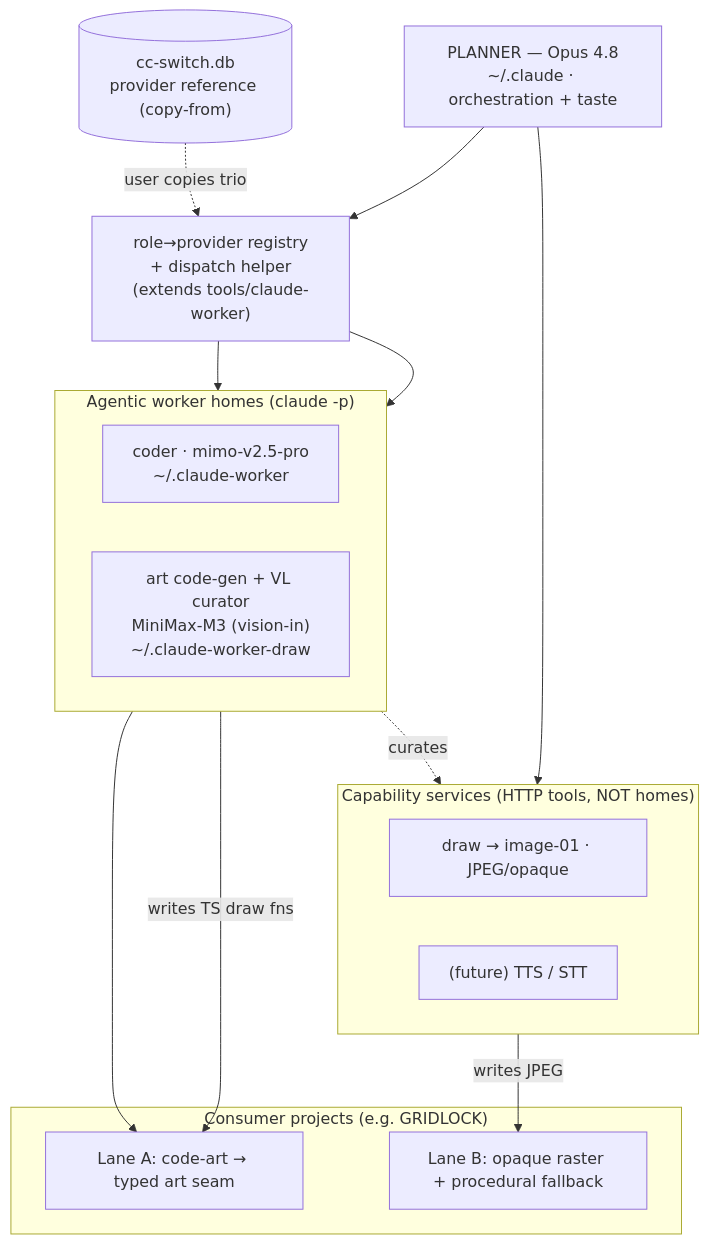
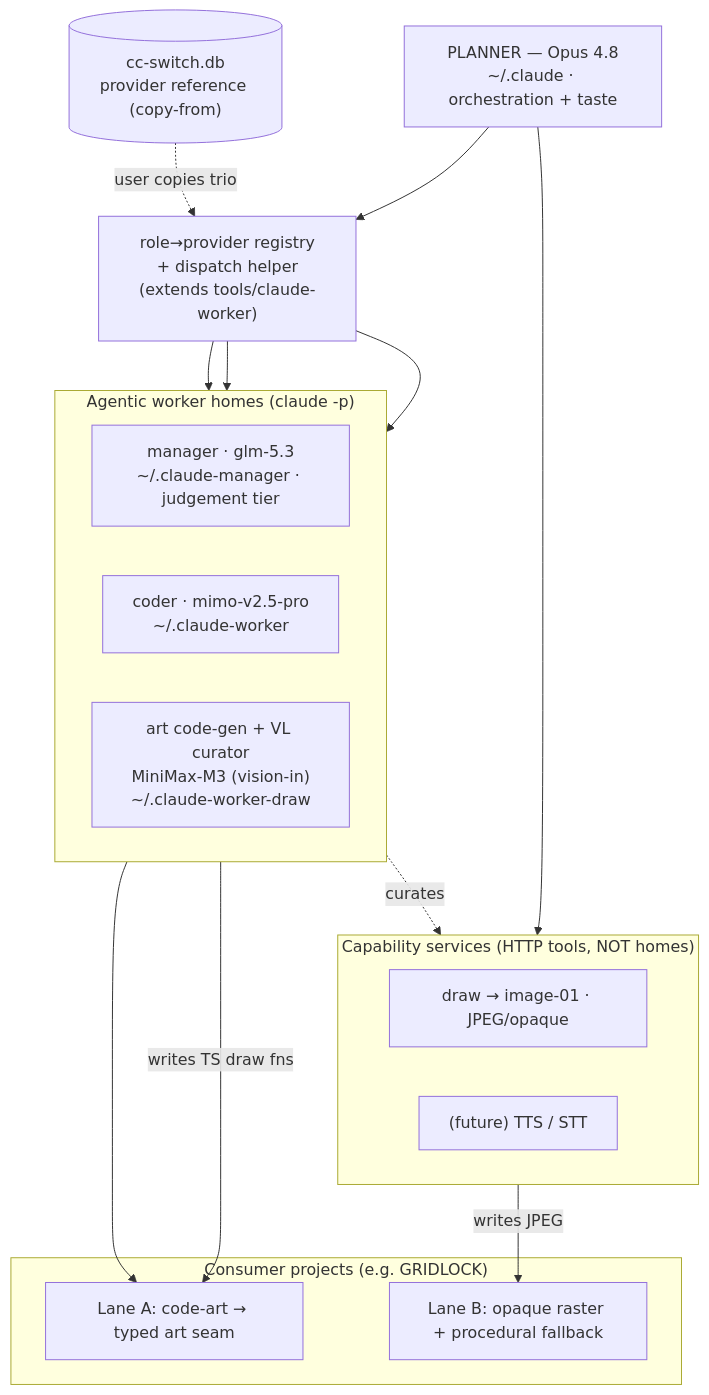
Before and after one commit to inluck-net/ilk-skills: the diagram in docs/model-worker-framework.md, drawn with Mermaid. The commit also changed other lines of this file, not shown here.

Commit message:
docs(framework): manager tier row, registry shipped, §5.2 deferral retired [plan:role-tier-registry-build#step-3]

````diff
--- a/docs/model-worker-framework.md
+++ b/docs/model-worker-framework.md
@@ -89,35 +90,37 @@
 ```mermaid
 flowchart TD
     DB[("cc-switch.db<br/>provider reference (copy-from)")]
     P["PLANNER — Opus 4.8<br/>~/.claude · orchestration + taste"]
     REG["role→provider registry<br/>+ dispatch helper<br/>(extends tools/claude-worker)"]
 
     P --> REG
     DB -. "user copies trio" .-> REG
 
     subgraph Homes["Agentic worker homes (claude -p)"]
         direction LR
+        MGR["manager · glm-5.3<br/>~/.claude-manager · judgement tier"]
         CODER["coder · mimo-v2.5-pro<br/>~/.claude-worker"]
         ART["art code-gen + VL curator<br/>MiniMax-M3 (vision-in)<br/>~/.claude-worker-draw"]
     end
 
     subgraph Svcs["Capability services (HTTP tools, NOT homes)"]
         direction LR
         IMG["draw → image-01 · JPEG/opaque"]
         TTS["(future) TTS / STT"]
     end
 
+    REG --> MGR
     REG --> CODER
     REG --> ART
     P --> IMG
     ART -. "curates" .-> IMG
 
     subgraph Consumer["Consumer projects (e.g. GRIDLOCK)"]
         SEAM["Lane A: code-art → typed art seam"]
         ASSET["Lane B: opaque raster + procedural fallback"]
     end
 
     CODER --> SEAM
     ART -->|writes TS draw fns| SEAM
     IMG -->|writes JPEG| ASSET
 ```
````
